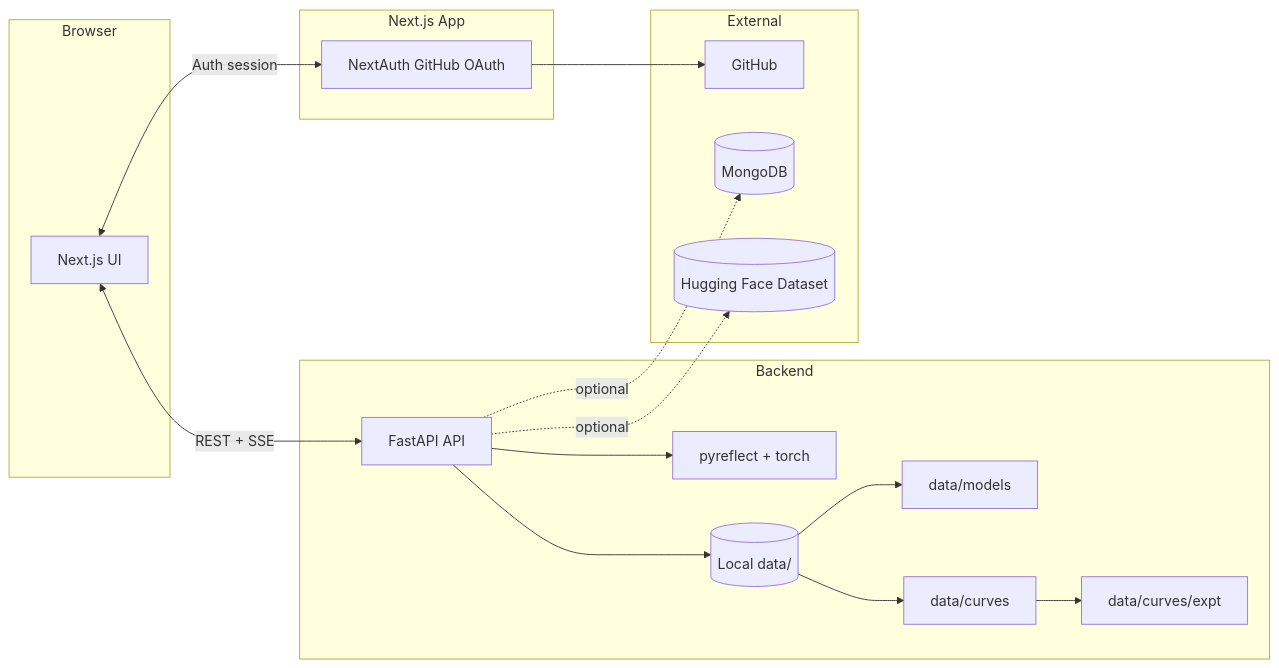
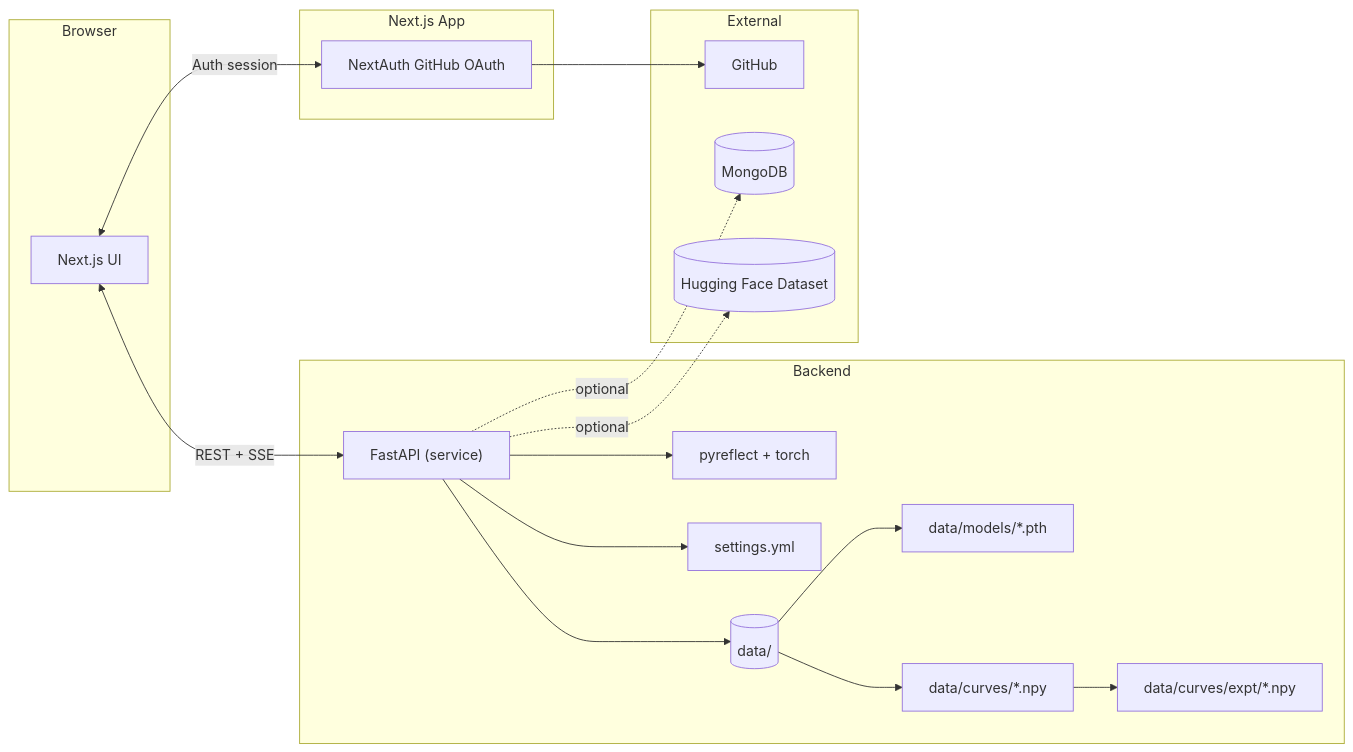
One commit to Northeastern-Research-ORNL-1/pyreflect-interface changed the first of 10 diagrams in README.md. Above: the diagram before and after it, drawn with Mermaid. The commit also changed other lines of this file and 35 other files, not shown here.

````diff
--- a/README.md
+++ b/README.md
@@ -29,36 +22,38 @@
 ```mermaid
 flowchart LR
   subgraph Browser
     UI[Next.js UI]
   end
 
   subgraph NextApp[Next.js App]
     Auth[NextAuth GitHub OAuth]
   end
 
   subgraph Backend
-    API[FastAPI API]
+    API["FastAPI (service)"]
     PY[pyreflect + torch]
-    FS[(Local data/)]
-    FS_MODELS[data/models]
-    FS_CURVES[data/curves]
-    FS_EXPT[data/curves/expt]
+    CFG[settings.yml]
+    FS[(data/)]
+    FS_MODELS[data/models/*.pth]
+    FS_CURVES[data/curves/*.npy]
+    FS_EXPT[data/curves/expt/*.npy]
   end
 
   subgraph External
     GH[GitHub]
     DB[(MongoDB)]
     HF[(Hugging Face Dataset)]
   end
 
   UI <-->|"REST + SSE"| API
   UI <-->|"Auth session"| Auth
   Auth --> GH
   API --> PY
+  API --> CFG
   API --> FS
   FS --> FS_MODELS
   FS --> FS_CURVES
   FS_CURVES --> FS_EXPT
   API -. "optional" .-> DB
   API -. "optional" .-> HF
 ```
````
